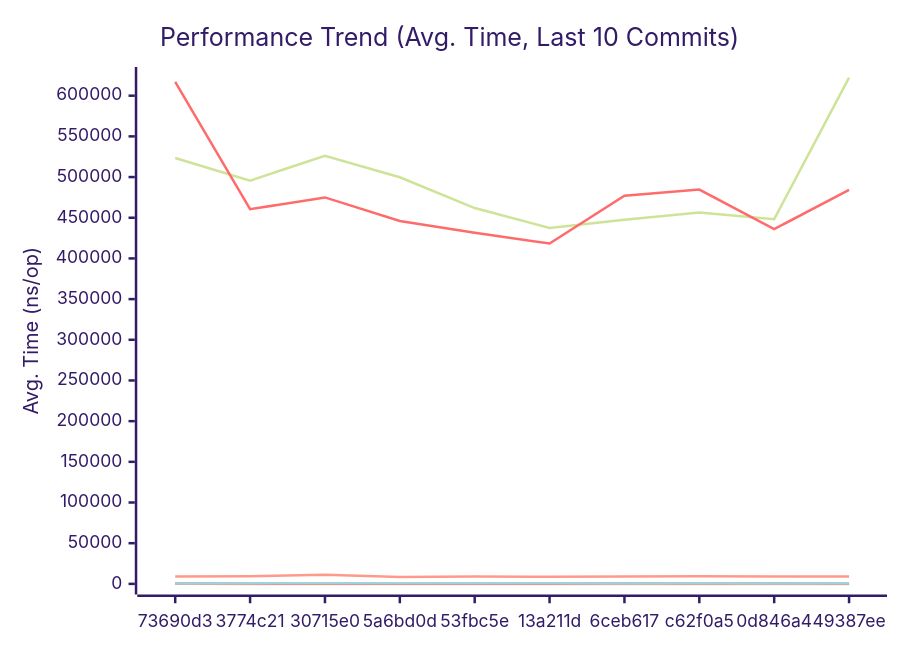
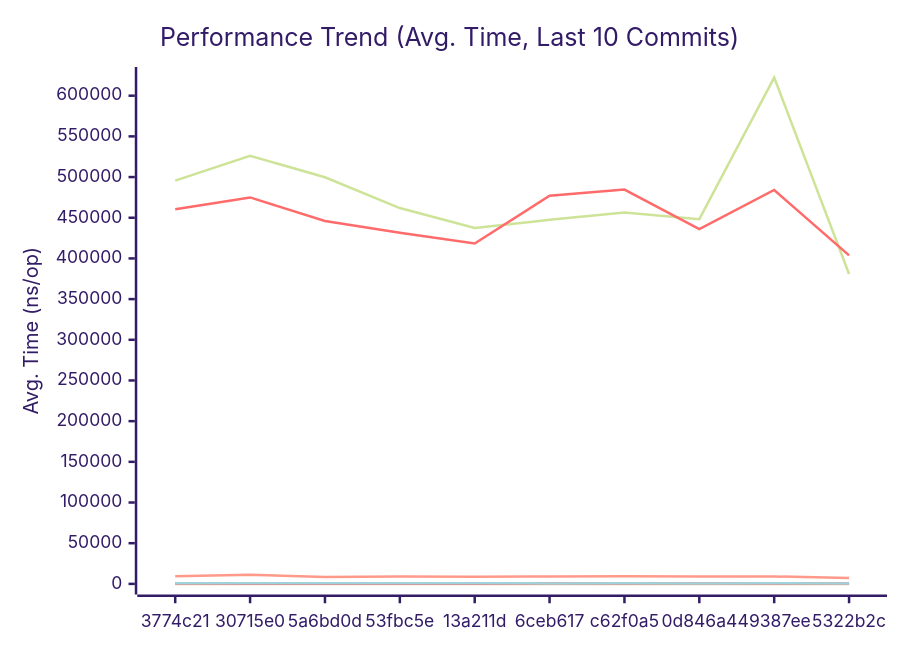
The first of 3 diagrams in docs/PERFORMANCE.md (alsotoes/momo), drawn with Mermaid (forest theme) before and after one commit. The commit also changed other lines of this file and 4 other files, not shown here.

````diff
--- a/docs/PERFORMANCE.md
+++ b/docs/PERFORMANCE.md
@@ -145,20 +145,20 @@
 ```mermaid
 xychart-beta
     title "Performance Trend (Avg. Time, Last 10 Commits)"
     x-axis "Commit"
     y-axis "Avg. Time (ns/op)"
-    x-axis [73690d3,3774c21,30715e0,5a6bd0d,53fbc5e,13a211d,6ceb617,c62f0a5,0d846a4,49387ee]
-    line "AWSChunkedReaderSigned" [523462,495636,526187,499710,461886,437350,447444,456452,448270,622202]
-    line "AWSChunkedReaderUnsigned" [616920,460494,474985,445923,431657,418289,476966,484613,436099,484134]
-    line "CheckMetricsAndSwap" [13,11,9,10,9,8,10,9,10,8]
-    line "CrushOptimized" [404,465,338,334,350,344,353,360,384,403]
-    line "CrushOriginal" [789,466,508,437,504,419,488,539,442,474]
-    line "IndexDirectTracking" [1,0,0,0,0,0,0,0,0,0]
-    line "IndexSearch" [2,3,3,3,3,3,3,3,3,3]
-    line "LoadGlobalConfig" [8970,9224,11173,8541,8919,8720,9023,9246,9136,9150]
-    line "PadString" [43,48,49,42,41,39,53,48,50,48]
+    x-axis [3774c21,30715e0,5a6bd0d,53fbc5e,13a211d,6ceb617,c62f0a5,0d846a4,49387ee,5322b2c]
+    line "AWSChunkedReaderSigned" [495636,526187,499710,461886,437350,447444,456452,448270,622202,380899]
+    line "AWSChunkedReaderUnsigned" [460494,474985,445923,431657,418289,476966,484613,436099,484134,403705]
+    line "CheckMetricsAndSwap" [11,9,10,9,8,10,9,10,8,9]
+    line "CrushOptimized" [465,338,334,350,344,353,360,384,403,296]
+    line "CrushOriginal" [466,508,437,504,419,488,539,442,474,375]
+    line "IndexDirectTracking" [0,0,0,0,0,0,0,0,0,0]
+    line "IndexSearch" [3,3,3,3,3,3,3,3,3,3]
+    line "LoadGlobalConfig" [9224,11173,8541,8919,8720,9023,9246,9136,9150,7234]
+    line "PadString" [48,49,42,41,39,53,48,50,48,35]
     line "ParseReplicationOrder_NoPrealloc" [350,349,357,354,345,225,229,165,232,234]
     line "ParseReplicationOrder_Prealloc" [229,231,237,234,229,108,107,80,110,109]
-    line "SanitizeLog/Safe" [563,313,284,240,213,224,479,510,430,543]
-    line "SanitizeLog/Unsafe" [598,812,896,723,708,682,607,625,542,680]
+    line "SanitizeLog/Safe" [313,284,240,213,224,479,510,430,543,398]
+    line "SanitizeLog/Unsafe" [812,896,723,708,682,607,625,542,680,482]
 ```
````
